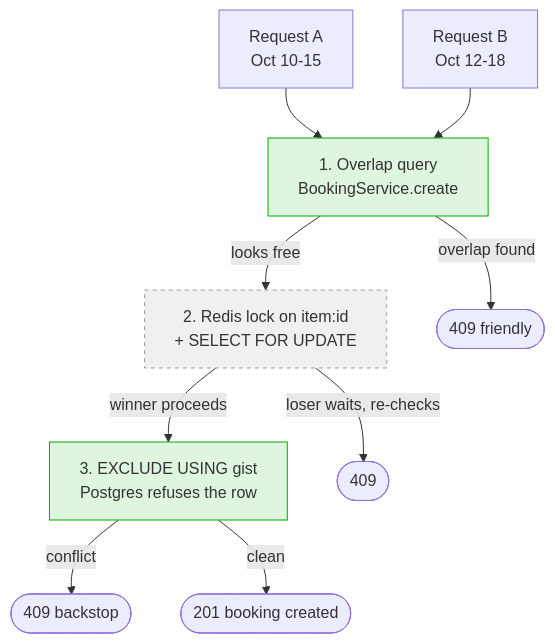
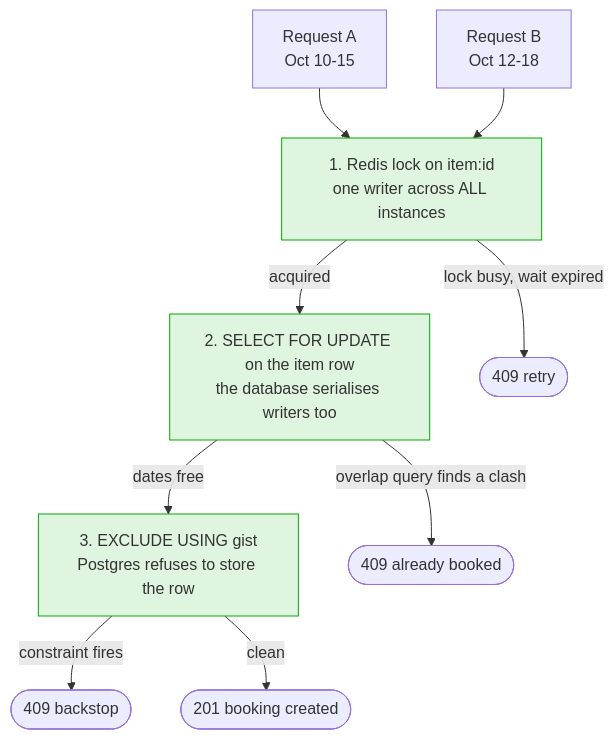
Diagram 11 of 14 in docs/API_FLOW.md (RajatRajSharma/rentFlowBackend), drawn with Mermaid before and after one commit. The commit also changed other lines of this file and 21 other files, not shown here.

````diff
--- a/docs/API_FLOW.md
+++ b/docs/API_FLOW.md
@@ -428,21 +487,19 @@
 ```mermaid
 flowchart TD
     R1["Request A<br/>Oct 10-15"] --> L1
     R2["Request B<br/>Oct 12-18"] --> L1
 
-    L1["1. Overlap query<br/>BookingService.create"]
-    L2["2. Redis lock on item:id<br/>+ SELECT FOR UPDATE"]
-    L3["3. EXCLUDE USING gist<br/>Postgres refuses the row"]
+    L1["1. Redis lock on item:id<br/>one writer across ALL instances"]
+    L2["2. SELECT FOR UPDATE on the item row<br/>the database serialises writers too"]
+    L3["3. EXCLUDE USING gist<br/>Postgres refuses to store the row"]
 
-    L1 -->|"overlap found"| C1(["409 friendly"])
-    L1 -->|"looks free"| L2
-    L2 -->|"loser waits, re-checks"| C2(["409"])
-    L2 -->|"winner proceeds"| L3
-    L3 -->|"conflict"| C3(["409 backstop"])
+    L1 -->|"lock busy, wait expired"| C1(["409 retry"])
+    L1 -->|"acquired"| L2
+    L2 -->|"overlap query finds a clash"| C2(["409 already booked"])
+    L2 -->|"dates free"| L3
+    L3 -->|"constraint fires"| C3(["409 backstop"])
     L3 -->|"clean"| OK(["201 booking created"])
 
     classDef done fill:#e0f5e0,stroke:#0a0
-    classDef todo fill:#f0f0f0,stroke:#999,stroke-dasharray: 4 4
-    class L1,L3 done
-    class L2 todo
+    class L1,L2,L3 done
 ```
````
